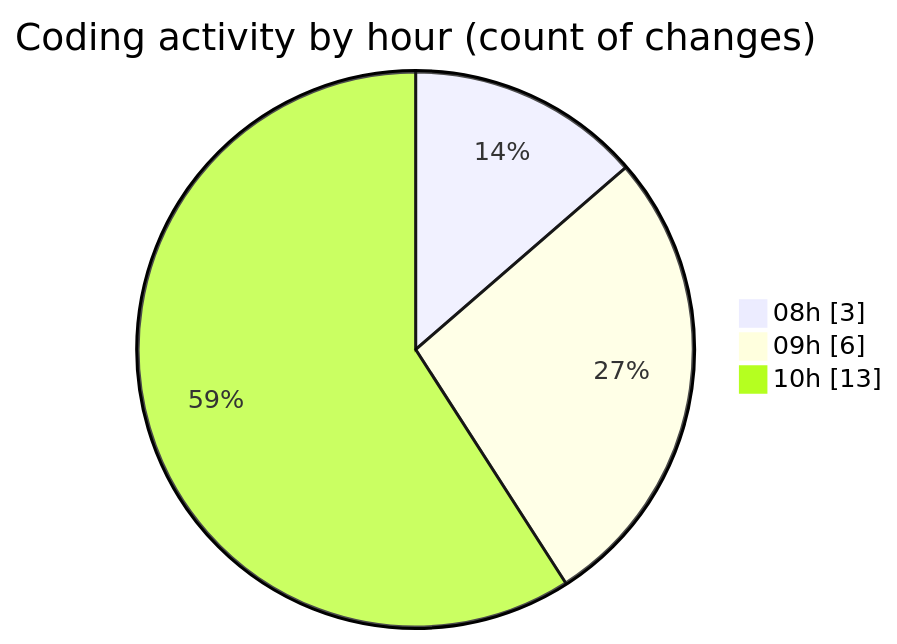
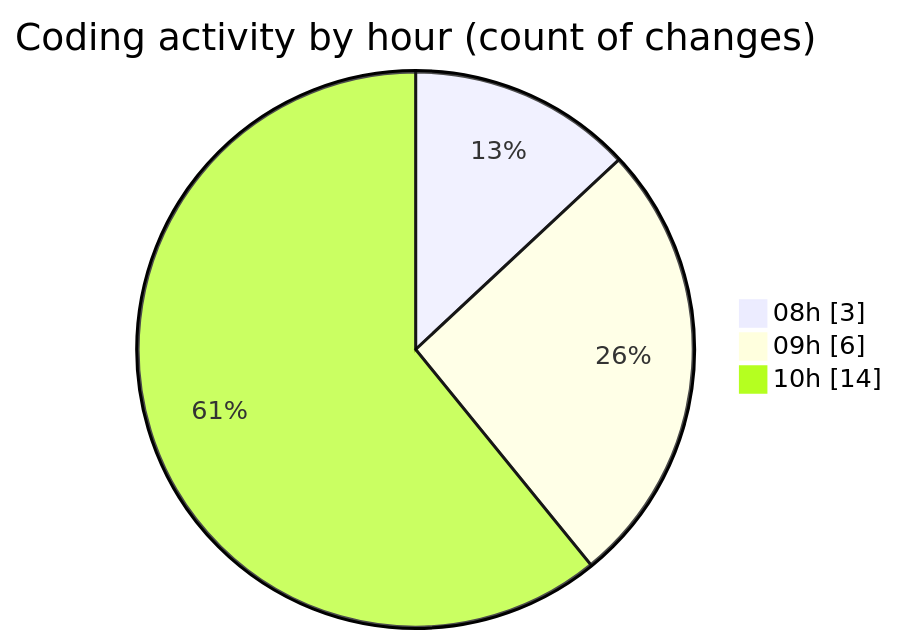
The second of 2 diagrams in 2025-04-01/jsvms/README.md (BS-eng2023/code-tracking), drawn with Mermaid before and after one commit. The commit also changed other lines of this file and 1 other file, not shown here.

````diff
--- a/2025-04-01/jsvms/README.md
+++ b/2025-04-01/jsvms/README.md
@@ -40,7 +40,7 @@
 ```mermaid
 pie showData
 title Coding activity by hour (count of changes)
 "08h" : 3
 "09h" : 6
-"10h" : 13
+"10h" : 14
 ```
````
